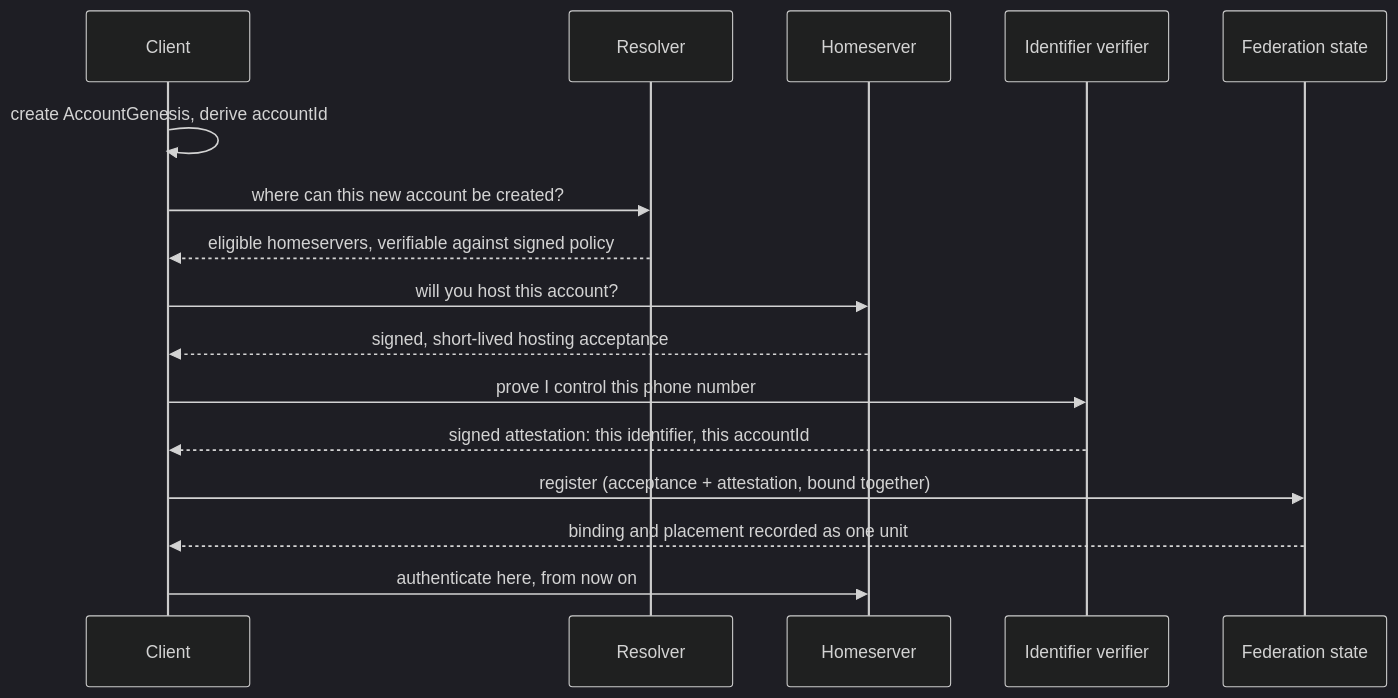
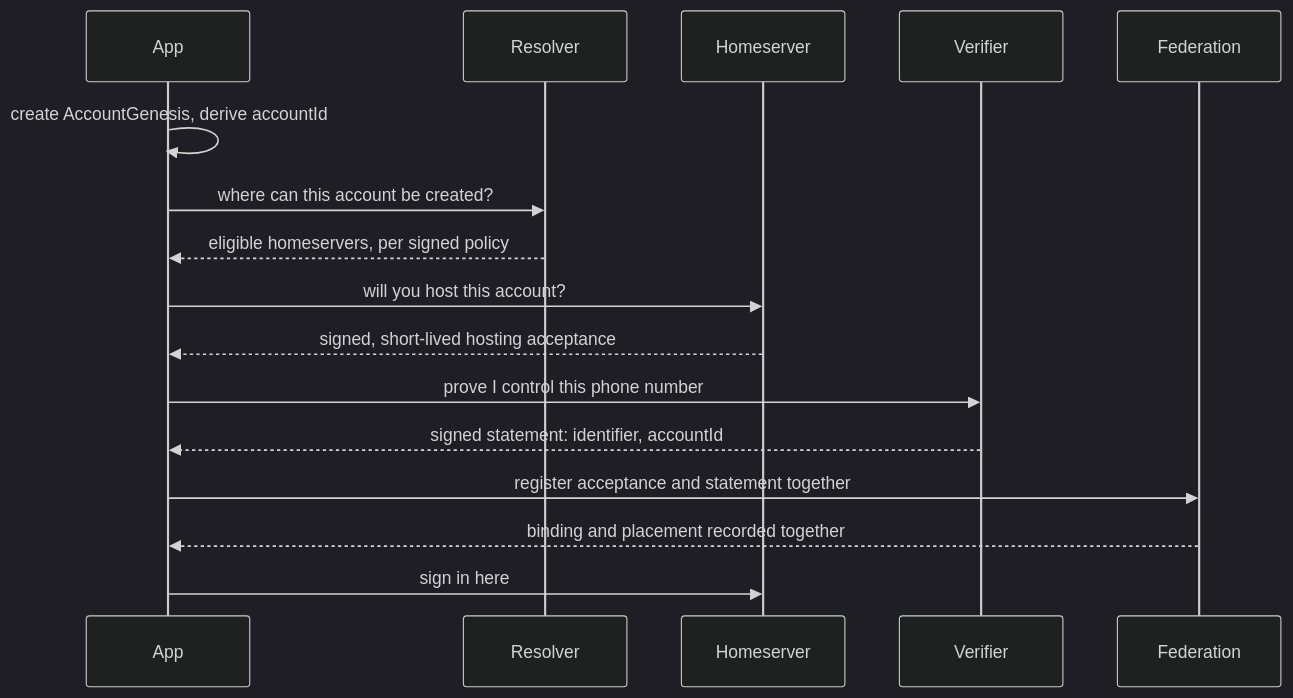
Before and after one commit to Gua-ra/gua-resolver: the first of 2 diagrams in docs/architecture/gua-identity-and-federation.md, drawn with Mermaid (dark theme). The commit also changed other lines of this file and 9 other files, not shown here.

````diff
--- a/docs/architecture/gua-identity-and-federation.md
+++ b/docs/architecture/gua-identity-and-federation.md
@@ -74,19 +57,13 @@
 ```mermaid
 sequenceDiagram
-    participant C as Client
-    participant R as Resolver
-    participant H as Homeserver
-    participant V as Identifier verifier
-    participant F as Federation state
-
-    C->>C: create AccountGenesis, derive accountId
-    C->>R: where can this new account be created?
-    R-->>C: eligible homeservers, verifiable against signed policy
-    C->>H: will you host this account?
-    H-->>C: signed, short-lived hosting acceptance
-    C->>V: prove I control this phone number
-    V-->>C: signed attestation: this identifier, this accountId
-    C->>F: register (acceptance + attestation, bound together)
-    F-->>C: binding and placement recorded as one unit
-    C->>H: authenticate here, from now on
+    App->>App: create AccountGenesis, derive accountId
+    App->>Resolver: where can this account be created?
+    Resolver-->>App: eligible homeservers, per signed policy
+    App->>Homeserver: will you host this account?
+    Homeserver-->>App: signed, short-lived hosting acceptance
+    App->>Verifier: prove I control this phone number
+    Verifier-->>App: signed statement: identifier, accountId
+    App->>Federation: register acceptance and statement together
+    Federation-->>App: binding and placement recorded together
+    App->>Homeserver: sign in here
 ```
````
